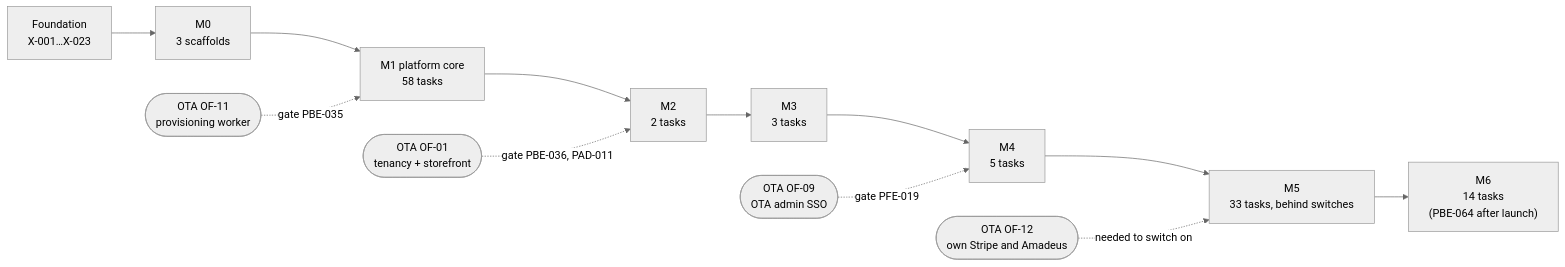
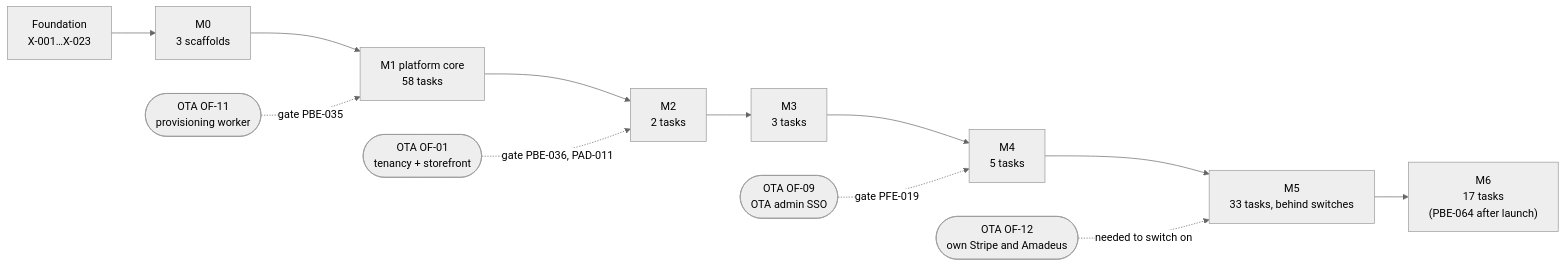
Before and after one commit to bhagwati-prasad/velexis-ota: the diagram in platform/docs/plans/implementation-plan.md, drawn with Mermaid (neutral theme). The commit also changed other lines of this file and 25 other files, not shown here.

````diff
--- a/platform/docs/plans/implementation-plan.md
+++ b/platform/docs/plans/implementation-plan.md
@@ -57,14 +57,14 @@
 ```mermaid
 flowchart LR
   F["Foundation<br/>X-001…X-023"] --> M0["M0<br/>3 scaffolds"]
   M0 --> M1["M1 platform core<br/>58 tasks"]
   OF11(["OTA OF-11<br/>provisioning worker"]) -. gate PBE-035 .-> M1
   M1 --> M2["M2<br/>2 tasks"]
   OF01(["OTA OF-01<br/>tenancy + storefront"]) -. gate PBE-036, PAD-011 .-> M2
   M2 --> M3["M3<br/>3 tasks"]
   M3 --> M4["M4<br/>5 tasks"]
   OF09(["OTA OF-09<br/>OTA admin SSO"]) -. gate PFE-019 .-> M4
   M4 --> M5["M5<br/>33 tasks, behind switches"]
   OF12(["OTA OF-12<br/>own Stripe and Amadeus"]) -. needed to switch on .-> M5
-  M5 --> M6["M6<br/>14 tasks<br/>(PBE-064 after launch)"]
+  M5 --> M6["M6<br/>17 tasks<br/>(PBE-064 after launch)"]
 ```
````
